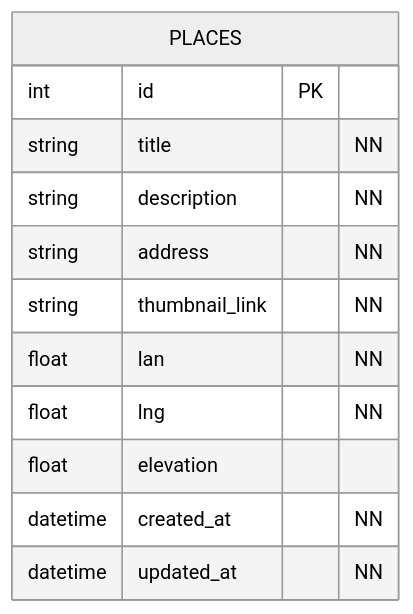
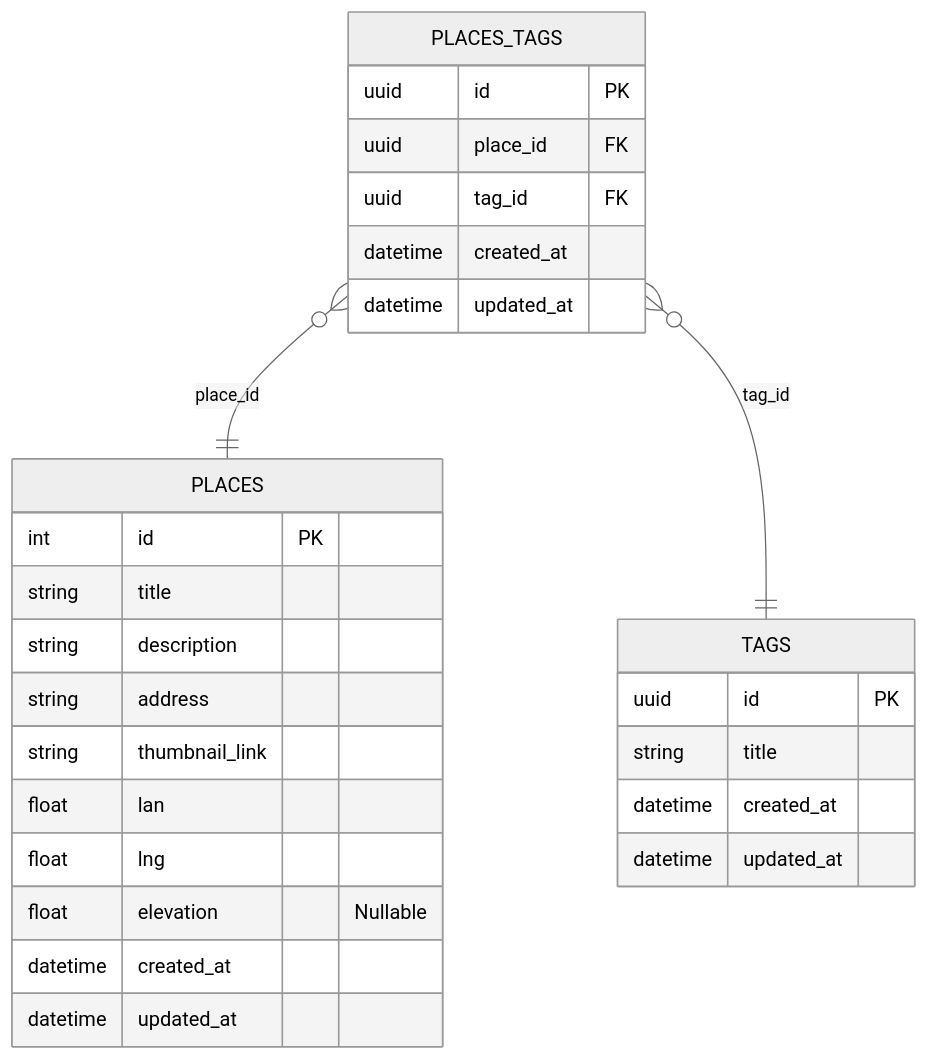
One commit to luiqor/krokwalk changed the diagram in readme.md. Above: the diagram before and after it, drawn with Mermaid (neutral theme). The commit also changed 3 other files, not shown here.

````diff
--- a/readme.md
+++ b/readme.md
@@ -5,15 +5,32 @@
 ```mermaid
 erDiagram
     PLACES {
         int id PK
-        string title "NN"
-        string description "NN"
-        string address "NN"
-        string thumbnail_link "NN"
-        float lan "NN"
-        float lng "NN"
-        float elevation
-        datetime created_at "NN"
-        datetime updated_at "NN"
+        string title
+        string description
+        string address
+        string thumbnail_link
+        float lan
+        float lng
+        float elevation "Nullable"
+        datetime created_at
+        datetime updated_at
+    }
+
+    PLACES_TAGS }o--|| PLACES : "place_id"
+    PLACES_TAGS }o--|| TAGS : "tag_id"
+    PLACES_TAGS {
+        uuid id PK
+        uuid place_id FK
+        uuid tag_id FK
+        datetime created_at
+        datetime updated_at
+    }
+
+    TAGS {
+        uuid id PK
+        string title
+        datetime created_at
+        datetime updated_at
     }
 ```
````
